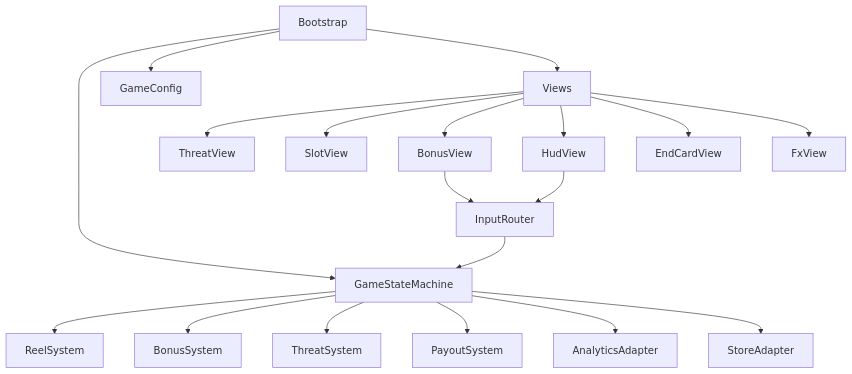
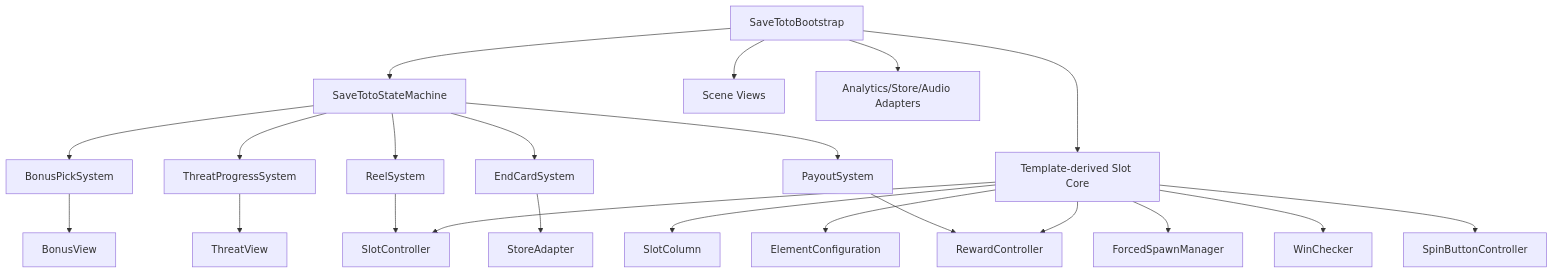
Before and after one commit to Magic-Quick/woz-b1-c3-toto: the first of 2 diagrams in ARCHITECTURE.md, drawn with Mermaid. The commit also changed other lines of this file and 16 other files, not shown here.

First line of the commit message:
feat: add prefab strategy, QA checklist, reference audit, and scene setup for Save Toto

````diff
--- a/ARCHITECTURE.md
+++ b/ARCHITECTURE.md
@@ -13,21 +23,27 @@
 ```mermaid
 flowchart TD
-  Bootstrap --> GameStateMachine
-  Bootstrap --> GameConfig
-  Bootstrap --> Views
-  GameStateMachine --> ReelSystem
-  GameStateMachine --> BonusSystem
-  GameStateMachine --> ThreatSystem
-  GameStateMachine --> PayoutSystem
-  GameStateMachine --> AnalyticsAdapter
-  Views --> ThreatView
-  Views --> SlotView
-  Views --> BonusView
-  Views --> HudView
-  Views --> EndCardView
-  Views --> FxView
-  HudView --> InputRouter
-  BonusView --> InputRouter
-  InputRouter --> GameStateMachine
-  GameStateMachine --> StoreAdapter
+  Bootstrap[SaveTotoBootstrap] --> State[SaveTotoStateMachine]
+  Bootstrap --> SlotCore[Template-derived Slot Core]
+  Bootstrap --> Views[Scene Views]
+  Bootstrap --> Adapters[Analytics/Store/Audio Adapters]
+
+  SlotCore --> SlotController
+  SlotCore --> SlotColumn
+  SlotCore --> ElementConfiguration
+  SlotCore --> ForcedSpawnManager
+  SlotCore --> WinChecker
+  SlotCore --> SpinButtonController
+  SlotCore --> RewardController
+
+  State --> ReelSystem
+  State --> BonusPickSystem
+  State --> ThreatProgressSystem
+  State --> PayoutSystem
+  State --> EndCardSystem
+
+  ReelSystem --> SlotController
+  BonusPickSystem --> BonusView
+  ThreatProgressSystem --> ThreatView
+  PayoutSystem --> RewardController
+  EndCardSystem --> StoreAdapter
 ```
````
